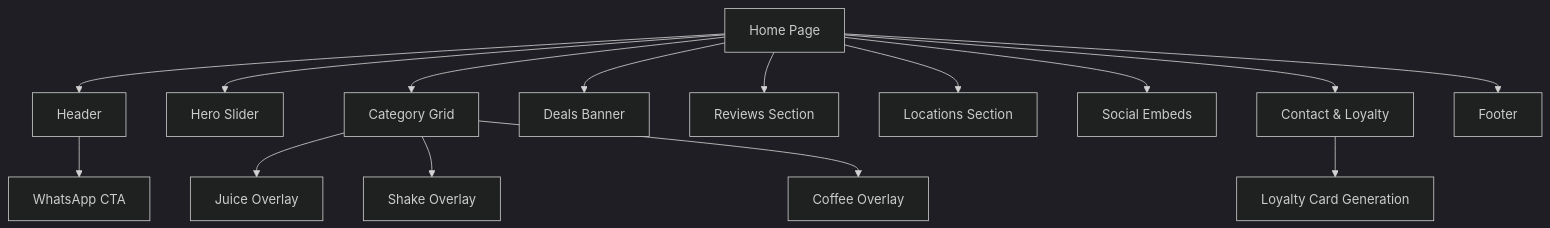
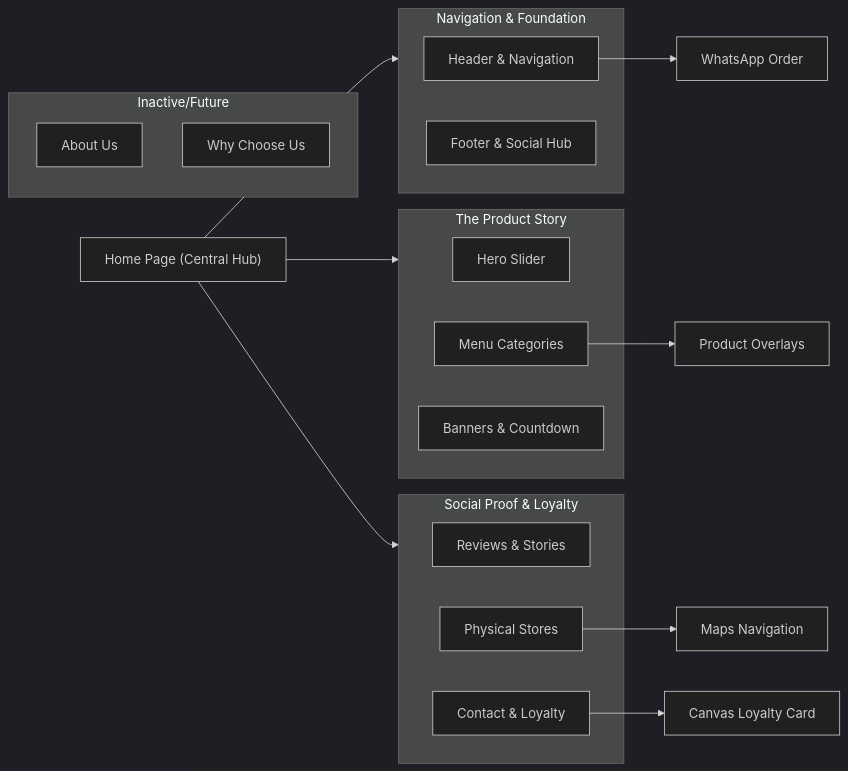
Before and after one commit to iam-abrarx/2Go-a-freshness-first-beverage-brand: the diagram in PROJECT_DOCUMENTATION.md, drawn with Mermaid (dark theme). The commit also changed other lines of this file and 57 other files, not shown here.

Commit message:
UI enhancements: Updated Hero, Locations, Social Feed & added global WhatsApp button

````diff
--- a/PROJECT_DOCUMENTATION.md
+++ b/PROJECT_DOCUMENTATION.md
@@ -7,20 +7,34 @@
 ```mermaid
-graph TD
-    A[Home Page] --> B[Header]
-    A --> C[Hero Slider]
-    A --> D[Category Grid]
-    A --> E[Deals Banner]
-    A --> F[Reviews Section]
-    A --> G[Locations Section]
-    A --> H[Social Embeds]
-    A --> I[Contact & Loyalty]
-    A --> J[Footer]
+graph LR
+    Home["Home Page (Central Hub)"] --> Global["Global Elements"]
+    Home --> Brand["The Brand Experience"]
+    Home --> Interaction["User Interaction"]
 
-    D --> D1[Juice Overlay]
-    D --> D2[Shake Overlay]
-    D --> D3[Coffee Overlay]
+    subgraph Global ["Navigation & Foundation"]
+        Header[Header & Navigation]
+        Footer[Footer & Social Hub]
+    end
 
-    I --> I1[Loyalty Card Generation]
+    subgraph Brand ["The Product Story"]
+        Hero[Hero Slider]
+        Cats[Menu Categories]
+        Deals[Banners & Countdown]
+    end
 
-    B --> B1[WhatsApp CTA]
+    subgraph Interaction ["Social Proof & Loyalty"]
+        Social[Reviews & Stories]
+        Locs[Physical Stores]
+        Contact[Contact & Loyalty]
+    end
+
+    %% Key Relationships
+    Header --> WA[WhatsApp Order]
+    Cats --> Over[Product Overlays]
+    Locs --> Map[Maps Navigation]
+    Contact --> Canvas[Canvas Loyalty Card]
+
+    subgraph "Inactive/Future"
+        AB[About Us]
+        WCU[Why Choose Us]
+    end
 ```
````
